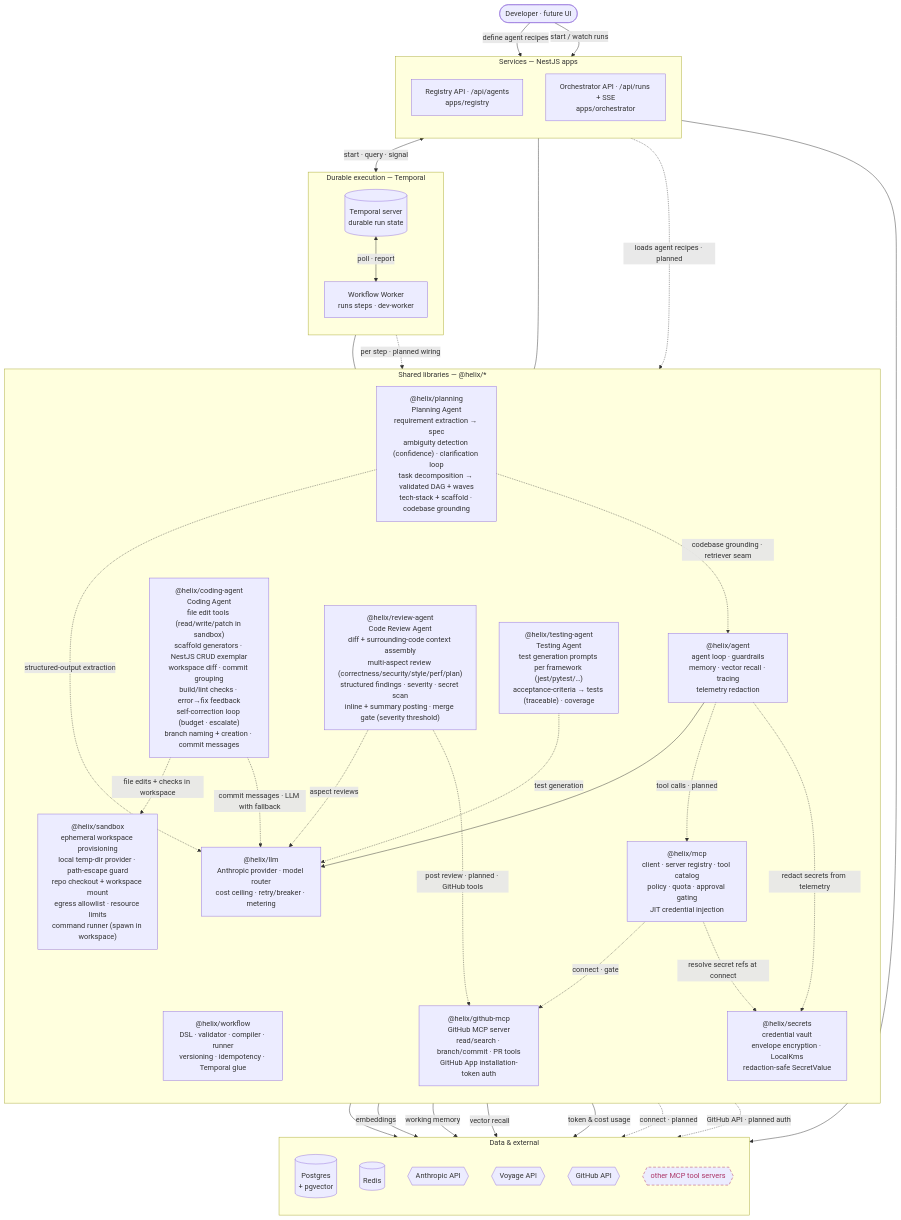
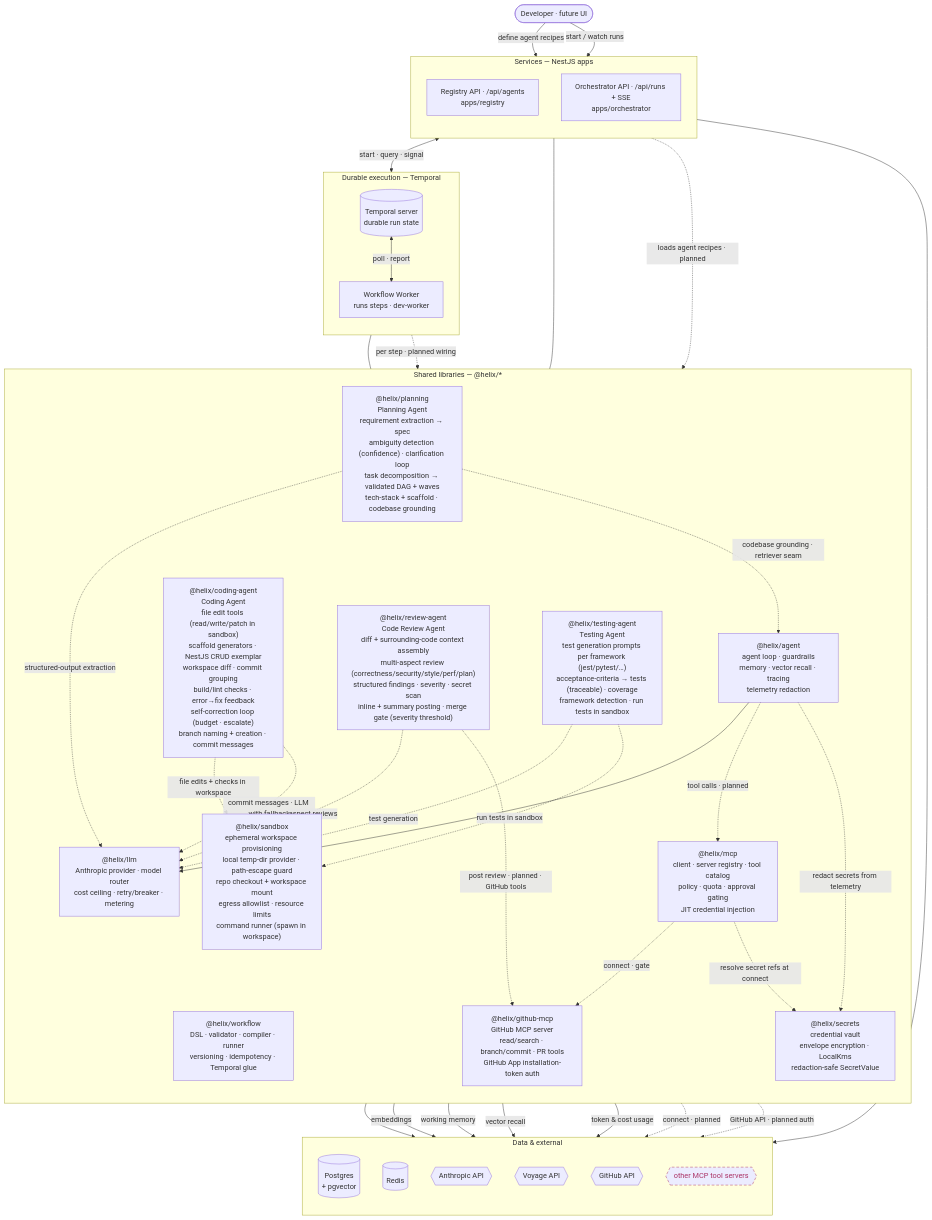
The first of 2 diagrams in docs/ARCHITECTURE.md (shhashhank/helix), drawn with Mermaid before and after one commit. The commit also changed 4 other files, not shown here.

First line of the commit message:
HELIX-119: test runner in sandbox (#82)

````diff
--- a/docs/ARCHITECTURE.md
+++ b/docs/ARCHITECTURE.md
@@ -16,73 +16,74 @@
 ```mermaid
 flowchart TB
   user([Developer · future UI])
 
   subgraph svc["Services — NestJS apps"]
     direction TB
     reg["Registry API · /api/agents<br/>apps/registry"]
     orc["Orchestrator API · /api/runs + SSE<br/>apps/orchestrator"]
   end
 
   subgraph dur["Durable execution — Temporal"]
     direction TB
     tmp[("Temporal server<br/>durable run state")]
     wkr["Workflow Worker<br/>runs steps · dev-worker"]
   end
 
   subgraph lib["Shared libraries — @helix/*"]
     direction TB
     wf["@helix/workflow<br/>DSL · validator · compiler · runner<br/>versioning · idempotency · Temporal glue"]
     ag["@helix/agent<br/>agent loop · guardrails<br/>memory · vector recall · tracing<br/>telemetry redaction"]
     lm["@helix/llm<br/>Anthropic provider · model router<br/>cost ceiling · retry/breaker · metering"]
     mc["@helix/mcp<br/>client · server registry · tool catalog<br/>policy · quota · approval gating<br/>JIT credential injection"]
     gh["@helix/github-mcp<br/>GitHub MCP server<br/>read/search · branch/commit · PR tools<br/>GitHub App installation-token auth"]
     sec["@helix/secrets<br/>credential vault<br/>envelope encryption · LocalKms<br/>redaction-safe SecretValue"]
     pl["@helix/planning<br/>Planning Agent<br/>requirement extraction → spec<br/>ambiguity detection (confidence) · clarification loop<br/>task decomposition → validated DAG + waves<br/>tech-stack + scaffold · codebase grounding"]
     sbx["@helix/sandbox<br/>ephemeral workspace provisioning<br/>local temp-dir provider · path-escape guard<br/>repo checkout + workspace mount<br/>egress allowlist · resource limits<br/>command runner (spawn in workspace)"]
     cag["@helix/coding-agent<br/>Coding Agent<br/>file edit tools (read/write/patch in sandbox)<br/>scaffold generators · NestJS CRUD exemplar<br/>workspace diff · commit grouping<br/>build/lint checks · error→fix feedback<br/>self-correction loop (budget · escalate)<br/>branch naming + creation · commit messages"]
     rev["@helix/review-agent<br/>Code Review Agent<br/>diff + surrounding-code context assembly<br/>multi-aspect review (correctness/security/style/perf/plan)<br/>structured findings · severity · secret scan<br/>inline + summary posting · merge gate (severity threshold)"]
-    tst["@helix/testing-agent<br/>Testing Agent<br/>test generation prompts per framework (jest/pytest/…)<br/>acceptance-criteria → tests (traceable) · coverage"]
+    tst["@helix/testing-agent<br/>Testing Agent<br/>test generation prompts per framework (jest/pytest/…)<br/>acceptance-criteria → tests (traceable) · coverage<br/>framework detection · run tests in sandbox"]
   end
 
   subgraph dat["Data & external"]
     direction TB
     pg[("Postgres<br/>+ pgvector")]
     rd[("Redis")]
     an{{Anthropic API}}
     vo{{Voyage API}}
     gha{{GitHub API}}
     ext{{other MCP tool servers}}
   end
 
   user -->|define agent recipes| reg
   user -->|start / watch runs| orc
   reg --> pg
   orc <-->|start · query · signal| tmp
   tmp <-->|poll · report| wkr
   wkr --- wf
   orc --- wf
   wkr -.->|per step · planned wiring| ag
   reg -.->|loads agent recipes · planned| ag
   ag --> lm
   ag -.->|tool calls · planned| mc
   lm --> an
   ag -->|embeddings| vo
   ag -->|working memory| rd
   ag -->|vector recall| pg
   lm -->|token & cost usage| pg
   mc -.->|connect · gate| gh
   mc -.->|connect · planned| ext
   mc -.->|resolve secret refs at connect| sec
   ag -.->|redact secrets from telemetry| sec
   pl -.->|structured-output extraction| lm
   pl -.->|codebase grounding · retriever seam| ag
   cag -.->|file edits + checks in workspace| sbx
   cag -.->|commit messages · LLM with fallback| lm
   rev -.->|aspect reviews| lm
   tst -.->|test generation| lm
+  tst -.->|run tests in sandbox| sbx
   rev -.->|post review · planned · GitHub tools| gh
   gh -.->|GitHub API · planned auth| gha
 
   classDef planned stroke-dasharray:6 4,stroke:#a36,color:#a36;
   class ext planned;
 ```
````
